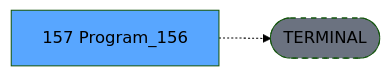
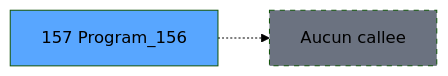
The third of 3 diagrams in .openspec/specs/ADH-IDE-157.md (thonyAGP/magic-migration), drawn with Mermaid (forest theme) before and after one commit. The commit also changed other lines of this file and 311 other files, not shown here.

````diff
--- a/.openspec/specs/ADH-IDE-157.md
+++ b/.openspec/specs/ADH-IDE-157.md
@@ -138,8 +121,8 @@
 ```mermaid
 graph LR
-    T[157 Program_156]
-    TERM([TERMINAL])
-    T -.-> TERM
-    style TERM fill:#6b7280,stroke-dasharray: 5 5
-    style T fill:#58a6ff,color:#000
+    T157[157 Program_156]
+    style T157 fill:#58a6ff
+    NONE[Aucun callee]
+    T157 -.-> NONE
+    style NONE fill:#6b7280,stroke-dasharray: 5 5
 ```
````
